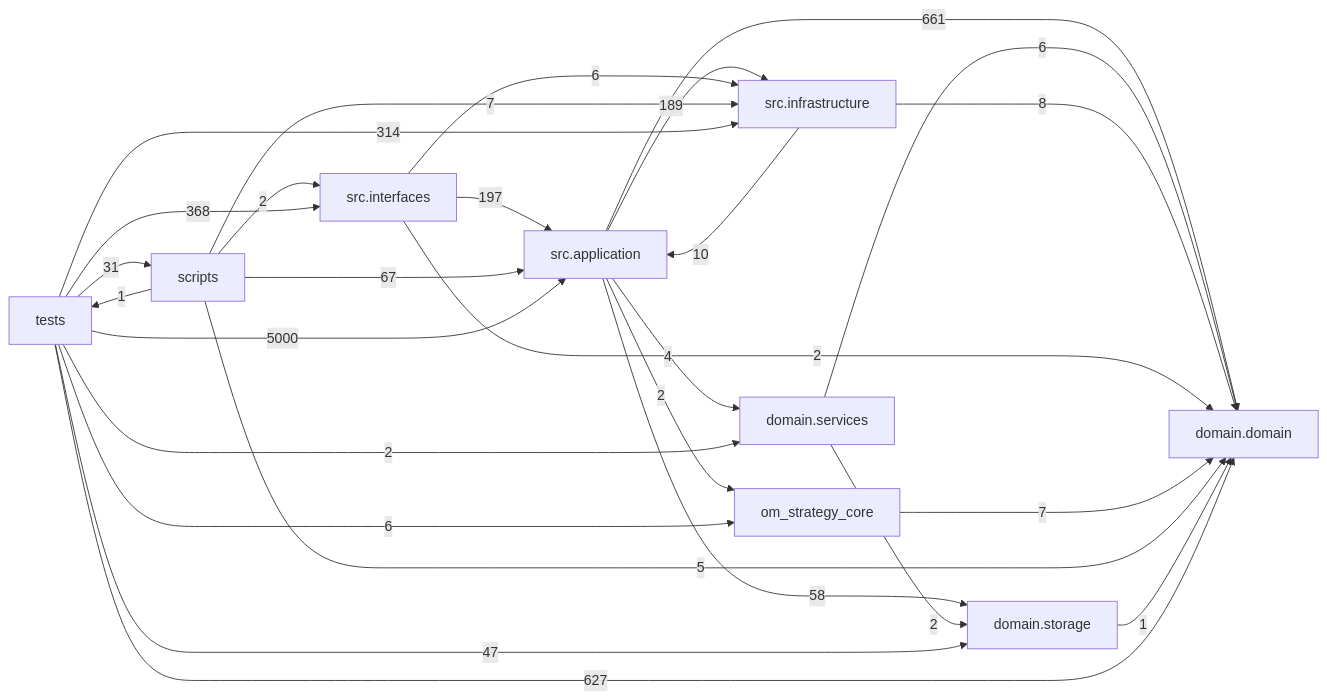
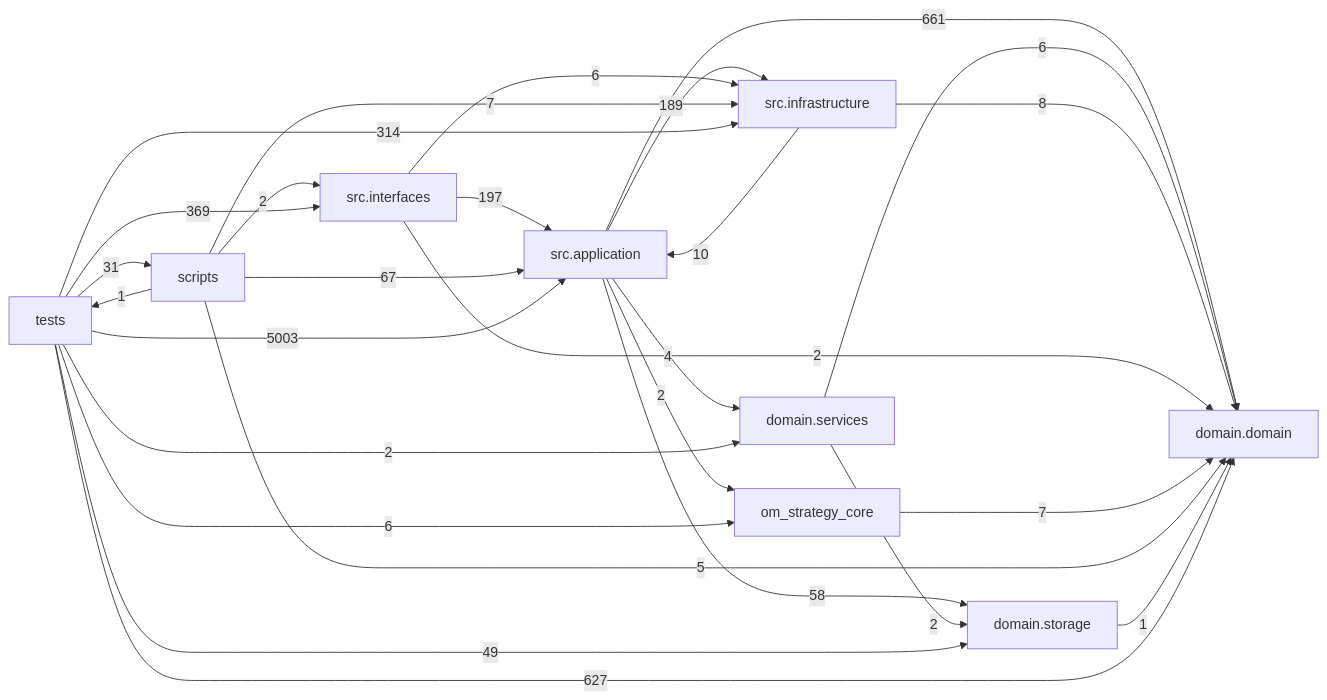
One commit to liuxie066/options-monitor changed the diagram in docs/DEPENDENCY_GRAPH.md. Above: the diagram before and after it, drawn with Mermaid. The commit also changed other lines of this file and 6 other files, not shown here.

````diff
--- a/docs/DEPENDENCY_GRAPH.md
+++ b/docs/DEPENDENCY_GRAPH.md
@@ -24,38 +24,38 @@
 ```mermaid
 flowchart LR
   tests["tests"]
   scripts["scripts"]
   interfaces["src.interfaces"]
   application["src.application"]
   infrastructure["src.infrastructure"]
   domain_services["domain.services"]
   domain["domain.domain"]
   storage["domain.storage"]
   application -->|661| domain
   application -->|4| domain_services
   application -->|189| infrastructure
   application -->|2| om_strategy_core
   application -->|58| storage
   domain_services -->|6| domain
   domain_services -->|2| storage
   infrastructure -->|10| application
   infrastructure -->|8| domain
   interfaces -->|197| application
   interfaces -->|2| domain
   interfaces -->|6| infrastructure
   om_strategy_core -->|7| domain
   scripts -->|67| application
   scripts -->|5| domain
   scripts -->|7| infrastructure
   scripts -->|2| interfaces
   scripts -->|1| tests
   storage -->|1| domain
-  tests -->|5000| application
+  tests -->|5003| application
   tests -->|627| domain
   tests -->|2| domain_services
   tests -->|314| infrastructure
-  tests -->|368| interfaces
+  tests -->|369| interfaces
   tests -->|6| om_strategy_core
   tests -->|31| scripts
-  tests -->|47| storage
+  tests -->|49| storage
 ```
````
